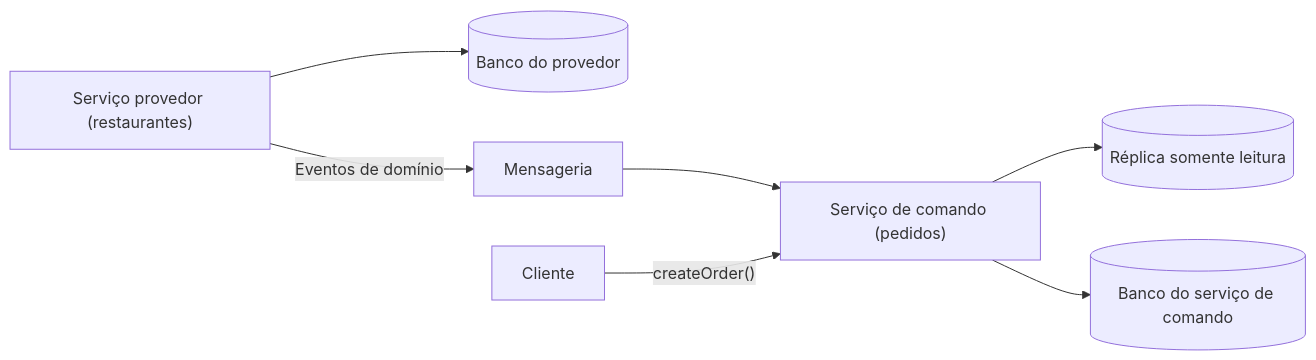
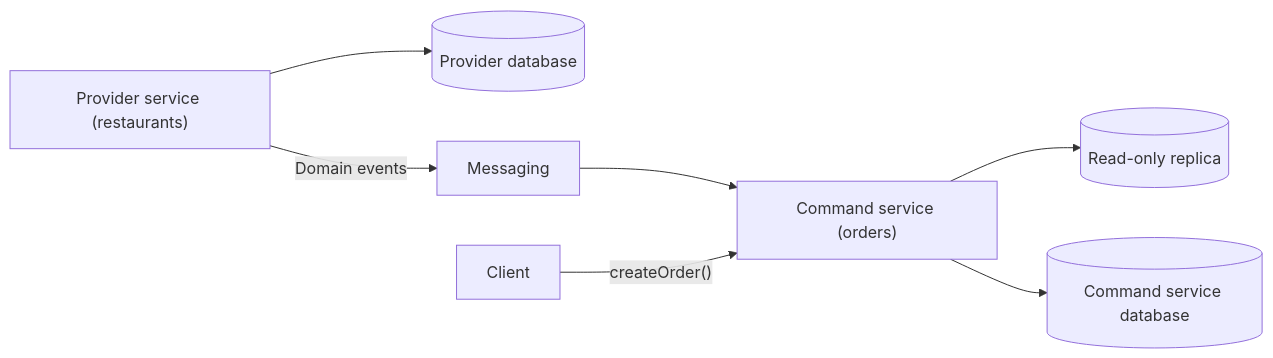
Before and after one commit to alancesar/design-patterns: the diagram in docs/architecture/microservices/service-collaboration/command-side-replica.md, drawn with Mermaid. The commit also changed 258 other files, not shown here.

First line of the commit message:
Translate Mermaid diagrams to English

````diff
--- a/docs/architecture/microservices/service-collaboration/command-side-replica.md
+++ b/docs/architecture/microservices/service-collaboration/command-side-replica.md
@@ -57,9 +57,9 @@
 ```mermaid
 flowchart LR
-    P["Serviço provedor (restaurantes)"] --> PDB[("Banco do provedor")]
-    P -->|"Eventos de domínio"| B["Mensageria"]
-    B --> C["Serviço de comando (pedidos)"]
-    C --> R[("Réplica somente leitura")]
-    C --> CDB[("Banco do serviço de comando")]
-    CL["Cliente"] -->|"createOrder()"| C
+    P["Provider service (restaurants)"] --> PDB[("Provider database")]
+    P -->|"Domain events"| B["Messaging"]
+    B --> C["Command service (orders)"]
+    C --> R[("Read-only replica")]
+    C --> CDB[("Command service database")]
+    CL["Client"] -->|"createOrder()"| C
 ```
````
